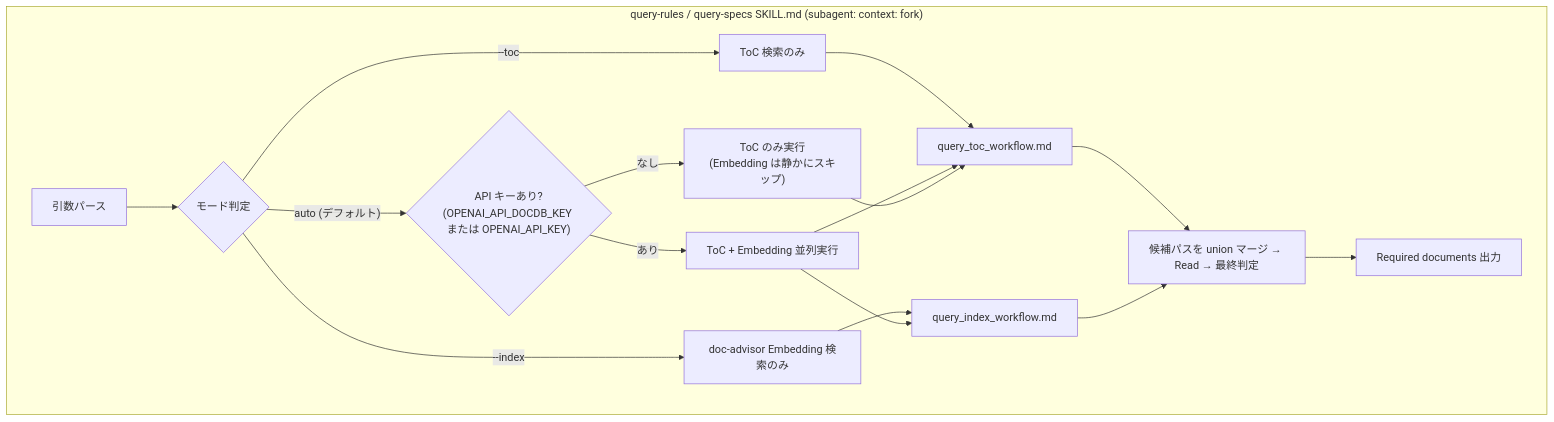
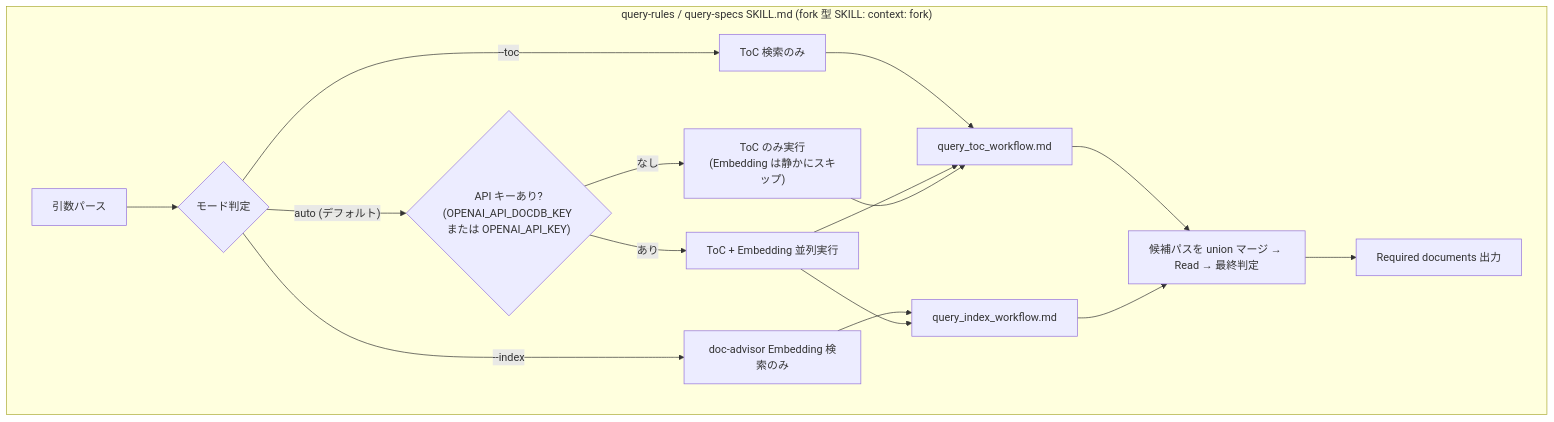
One commit to BlueEventHorizon/bw-cc-plugins changed the second of 6 diagrams in docs/specs/doc-advisor/design/DES-006_semantic_search_design.md. Above: the diagram before and after it, drawn with Mermaid. The commit also changed other lines of this file and 30 other files, not shown here.

````diff
--- a/docs/specs/doc-advisor/design/DES-006_semantic_search_design.md
+++ b/docs/specs/doc-advisor/design/DES-006_semantic_search_design.md
@@ -81,23 +81,23 @@
 ```mermaid
 flowchart TB
-    subgraph "query-rules / query-specs SKILL.md (subagent: context: fork)"
+    subgraph "query-rules / query-specs SKILL.md (fork 型 SKILL: context: fork)"
         A["引数パース"] --> B{モード判定}
         B -->|"--toc"| C["ToC 検索のみ"]
         B -->|"--index"| D["doc-advisor Embedding 検索のみ"]
         B -->|"auto (デフォルト)"| E{"API キーあり?<br/>(OPENAI_API_DOCDB_KEY または OPENAI_API_KEY)"}
 
         E -->|"あり"| F3["ToC + Embedding 並列実行"]
         E -->|"なし"| F4["ToC のみ実行<br/>(Embedding は静かにスキップ)"]
 
         C --> F["query_toc_workflow.md"]
         D --> G["query_index_workflow.md"]
 
         F3 --> F
         F3 --> G
         F4 --> F
 
         F --> I["候補パスを union マージ → Read → 最終判定"]
         G --> I
         I --> J["Required documents 出力"]
     end
 ```
````
